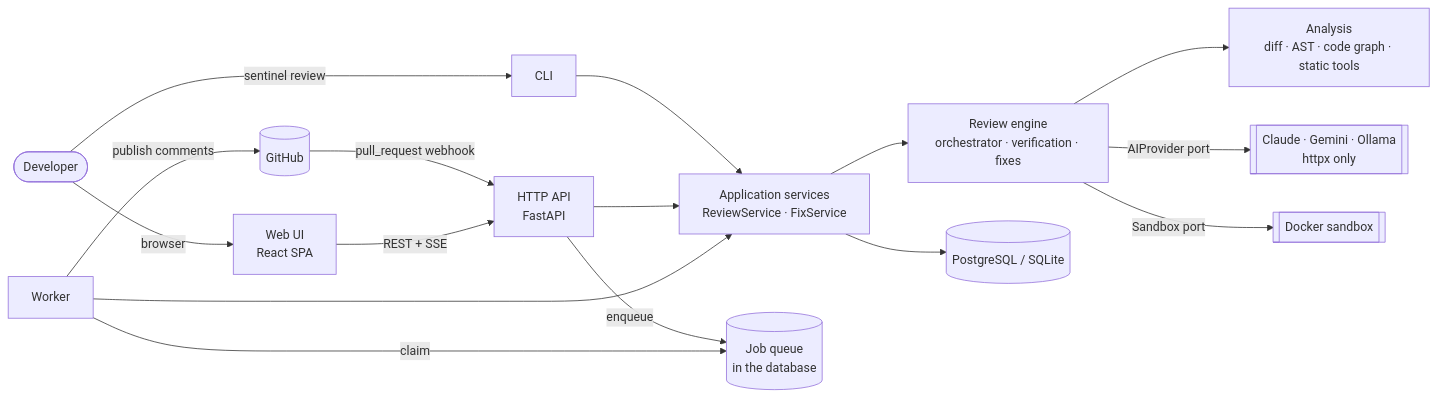
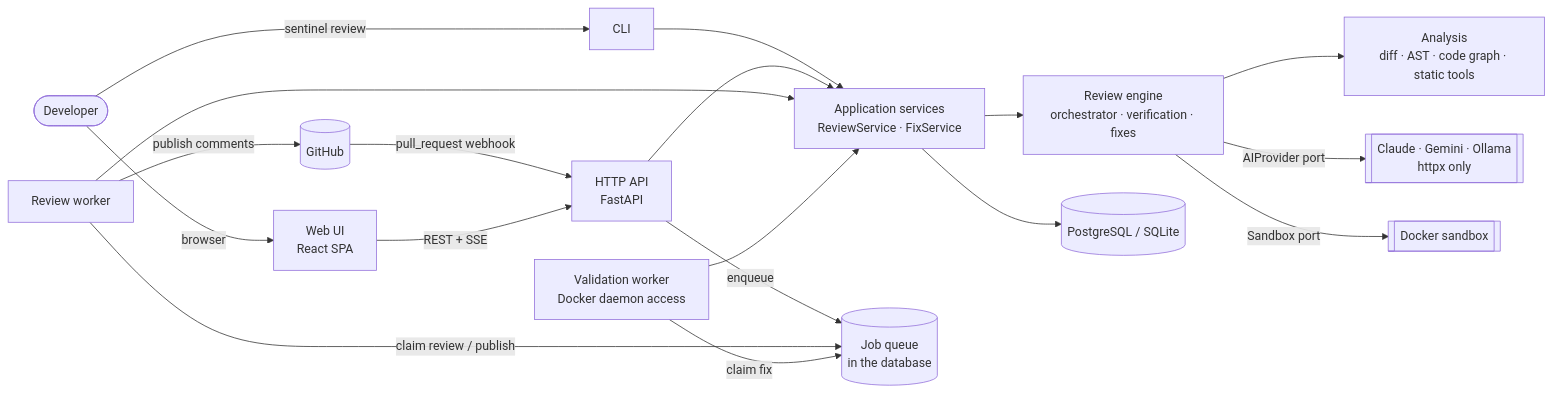
Before and after one commit to krish-121/Ai-code-reviewer: the first of 9 diagrams in docs/ARCHITECTURE.md, drawn with Mermaid. The commit also changed other lines of this file and 194 other files, not shown here.

````diff
--- a/docs/ARCHITECTURE.md
+++ b/docs/ARCHITECTURE.md
@@ -18,18 +18,20 @@
 ```mermaid
 flowchart LR
     dev([Developer]) -->|sentinel review| CLI
     dev -->|browser| UI[Web UI<br/>React SPA]
     GH[(GitHub)] -->|pull_request webhook| API
     UI -->|REST + SSE| API[HTTP API<br/>FastAPI]
     CLI --> SVC
     API --> SVC[Application services<br/>ReviewService · FixService]
     API -->|enqueue| Q[(Job queue<br/>in the database)]
-    W[Worker] -->|claim| Q
+    W[Review worker] -->|claim review / publish| Q
+    FW[Validation worker<br/>Docker daemon access] -->|claim fix| Q
     W --> SVC
+    FW --> SVC
     SVC --> ENG[Review engine<br/>orchestrator · verification · fixes]
     ENG --> AN[Analysis<br/>diff · AST · code graph · static tools]
     ENG -->|AIProvider port| AI[[Claude · Gemini · Ollama<br/>httpx only]]
     ENG -->|Sandbox port| SBX[[Docker sandbox]]
     SVC --> DB[(PostgreSQL / SQLite)]
     W -->|publish comments| GH
 ```
````
